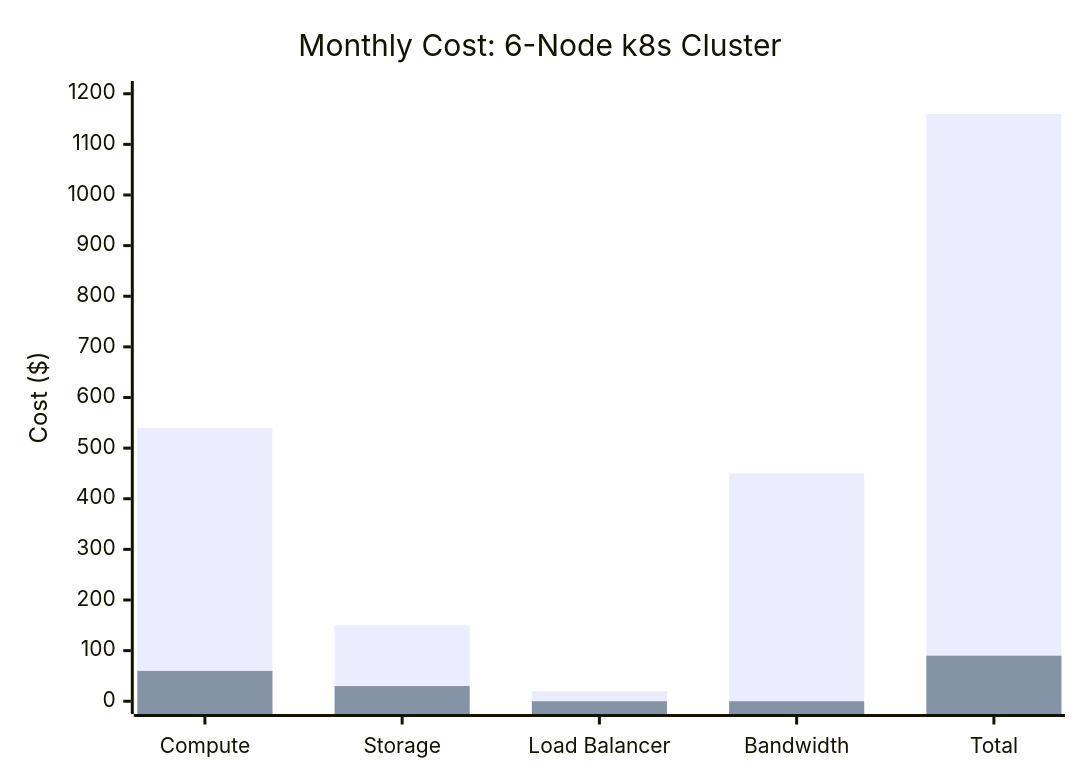
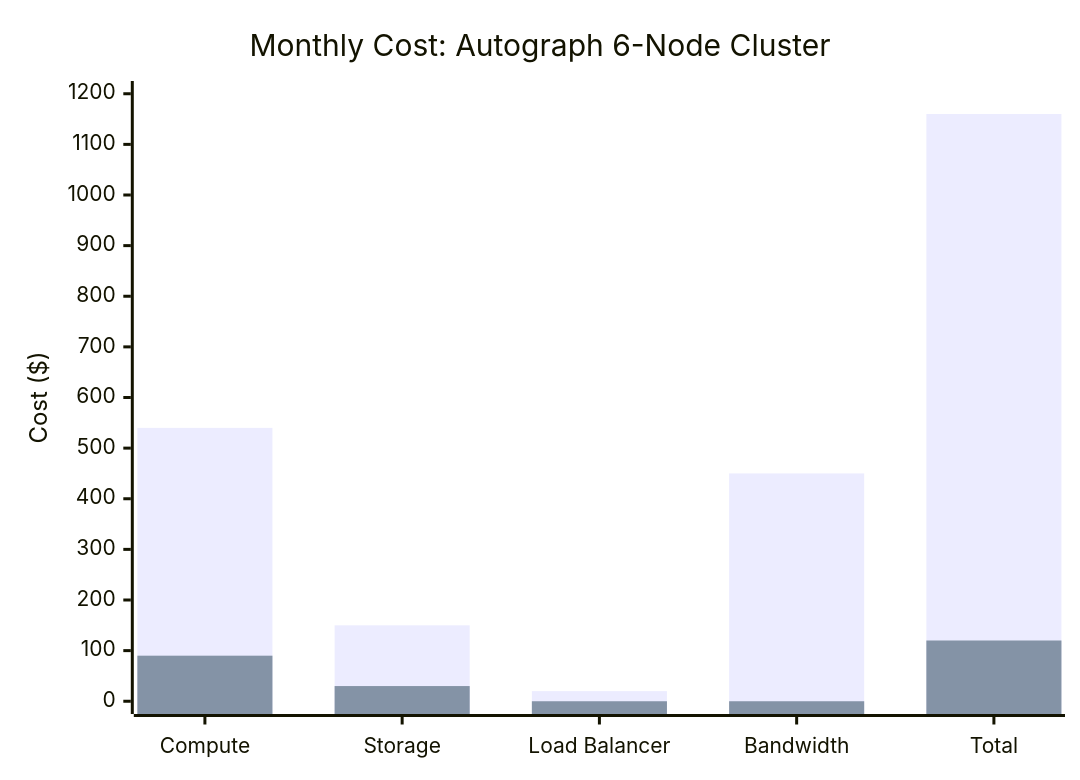
The sixth of 7 diagrams in DevOps/03-Platform/01-Cloud-Platforms.md (PearlThoughtsInternship/Internship-Obsidian-Vault), drawn with Mermaid before and after one commit. The commit also changed other lines of this file and 4 other files, not shown here.

````diff
--- a/DevOps/03-Platform/01-Cloud-Platforms.md
+++ b/DevOps/03-Platform/01-Cloud-Platforms.md
@@ -181,8 +230,8 @@
 ```mermaid
 xychart-beta
-    title "Monthly Cost: 6-Node k8s Cluster"
+    title "Monthly Cost: Autograph 6-Node Cluster"
     x-axis ["Compute", "Storage", "Load Balancer", "Bandwidth", "Total"]
     y-axis "Cost ($)" 0 --> 1200
     bar [540, 150, 20, 450, 1160]
-    bar [60, 30, 0, 0, 90]
+    bar [90, 30, 0, 0, 120]
 ```
````
